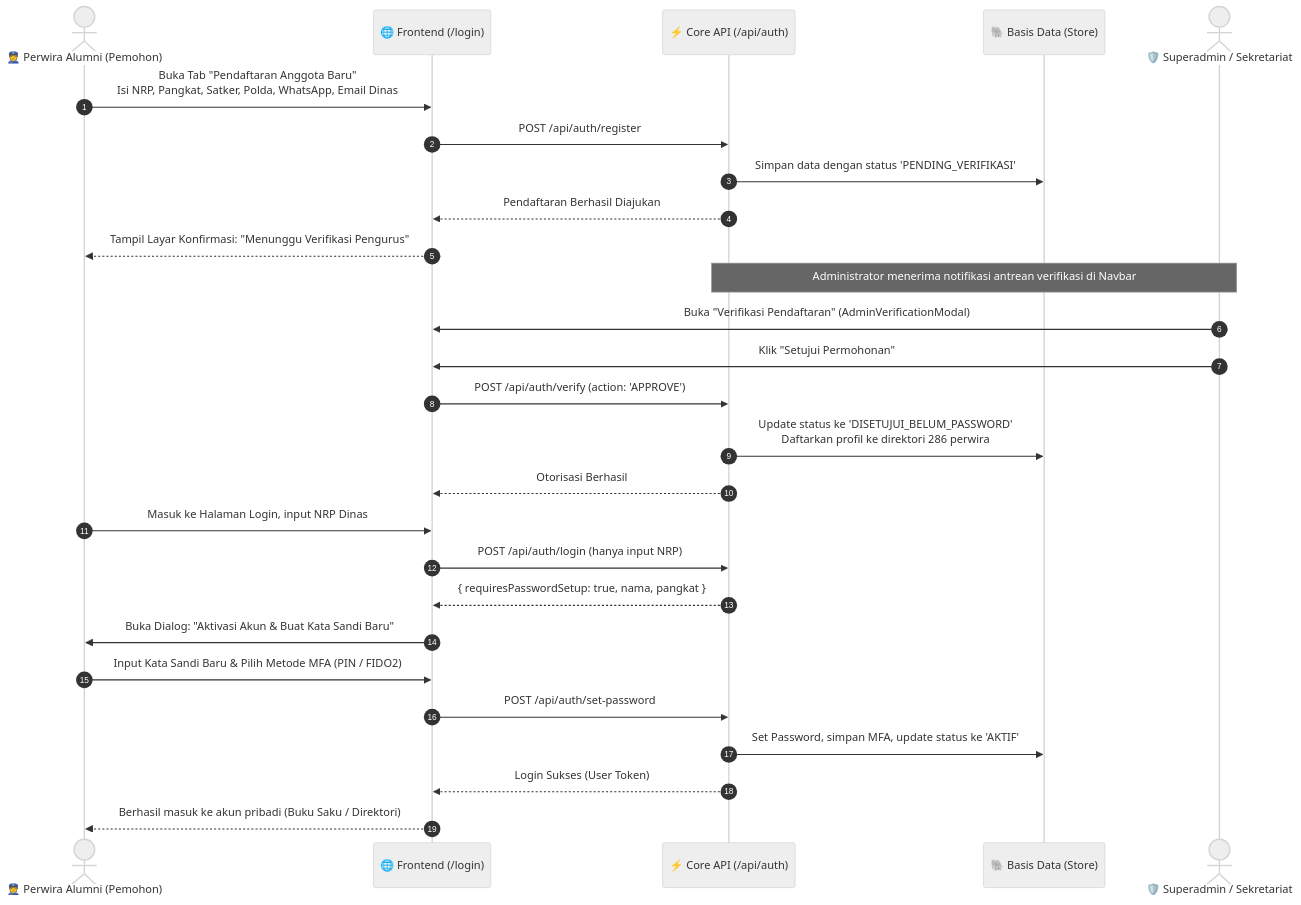
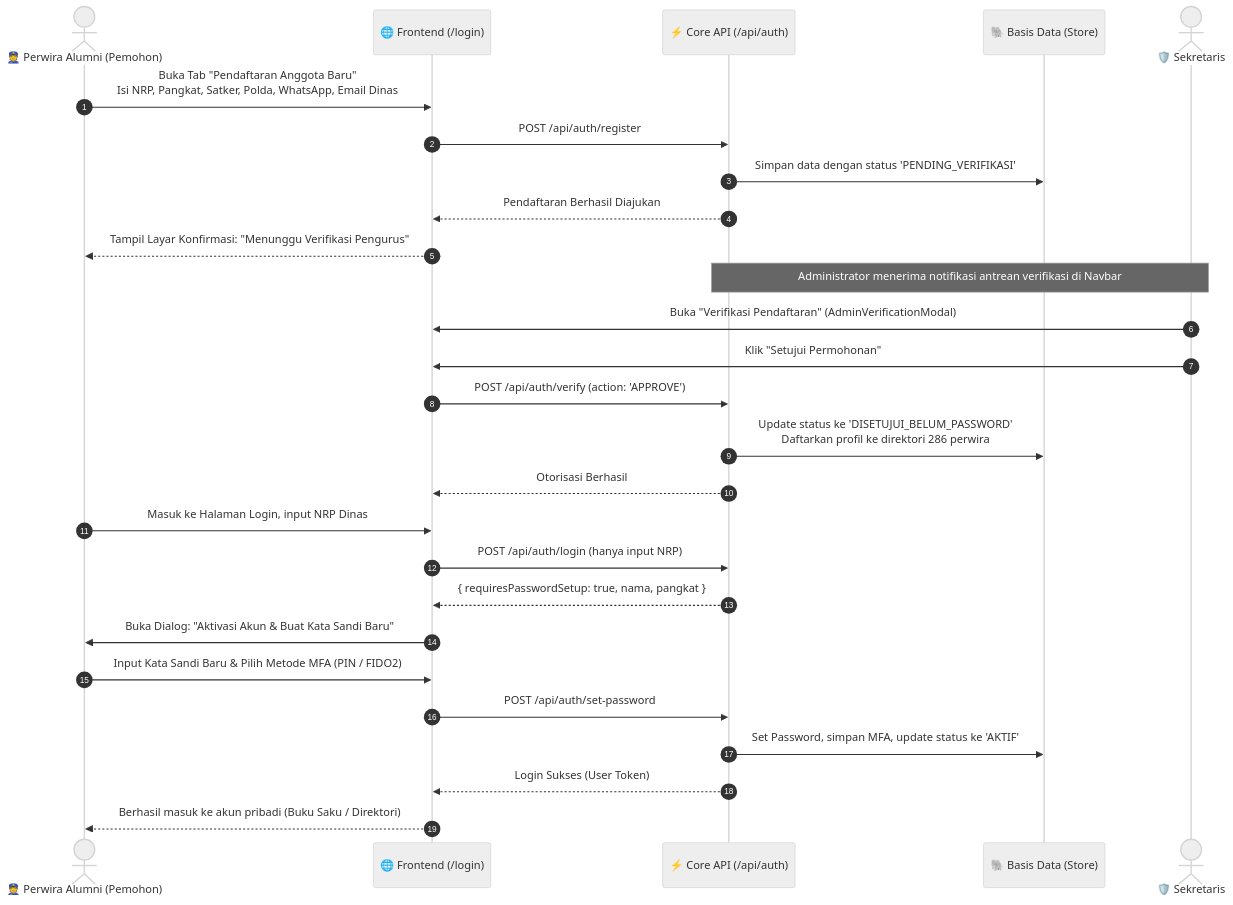
Before and after one commit to omeko11/wirasatya96: the second of 2 diagrams in ARCHITECTURE.md, drawn with Mermaid (neutral theme). The commit also changed other lines of this file and 17 other files, not shown here.

````diff
--- a/ARCHITECTURE.md
+++ b/ARCHITECTURE.md
@@ -119,32 +118,32 @@
 ```mermaid
 sequenceDiagram
     autonumber
     actor Officer as 👮 Perwira Alumni (Pemohon)
     participant FE as 🌐 Frontend (/login)
     participant API as ⚡ Core API (/api/auth)
     participant DB as 🐘 Basis Data (Store)
-    actor Admin as 🛡️ Superadmin / Sekretariat
+    actor Admin as 🛡️ Sekretaris
 
     Officer->>FE: Buka Tab "Pendaftaran Anggota Baru"<br/>Isi NRP, Pangkat, Satker, Polda, WhatsApp, Email Dinas
     FE->>API: POST /api/auth/register
     API->>DB: Simpan data dengan status 'PENDING_VERIFIKASI'
     API-->>FE: Pendaftaran Berhasil Diajukan
     FE-->>Officer: Tampil Layar Konfirmasi: "Menunggu Verifikasi Pengurus"
 
     Note over Admin,API: Administrator menerima notifikasi antrean verifikasi di Navbar
     Admin->>FE: Buka "Verifikasi Pendaftaran" (AdminVerificationModal)
     Admin->>FE: Klik "Setujui Permohonan"
     FE->>API: POST /api/auth/verify (action: 'APPROVE')
     API->>DB: Update status ke 'DISETUJUI_BELUM_PASSWORD'<br/>Daftarkan profil ke direktori 286 perwira
     API-->>FE: Otorisasi Berhasil
 
     Officer->>FE: Masuk ke Halaman Login, input NRP Dinas
     FE->>API: POST /api/auth/login (hanya input NRP)
     API-->>FE: { requiresPasswordSetup: true, nama, pangkat }
     FE->>Officer: Buka Dialog: "Aktivasi Akun & Buat Kata Sandi Baru"
     Officer->>FE: Input Kata Sandi Baru & Pilih Metode MFA (PIN / FIDO2)
     FE->>API: POST /api/auth/set-password
     API->>DB: Set Password, simpan MFA, update status ke 'AKTIF'
     API-->>FE: Login Sukses (User Token)
     FE-->>Officer: Berhasil masuk ke akun pribadi (Buku Saku / Direktori)
 ```
````
